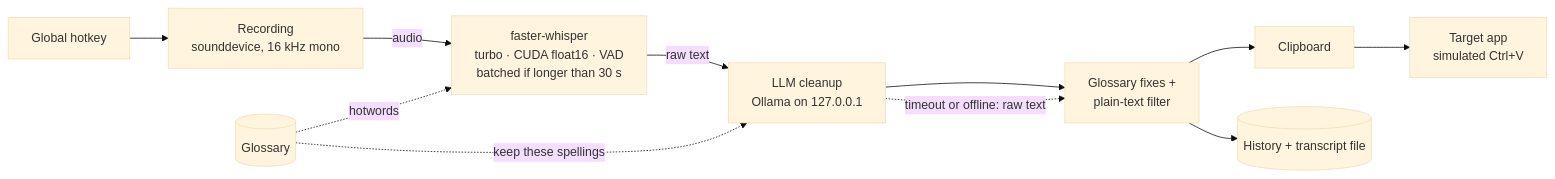
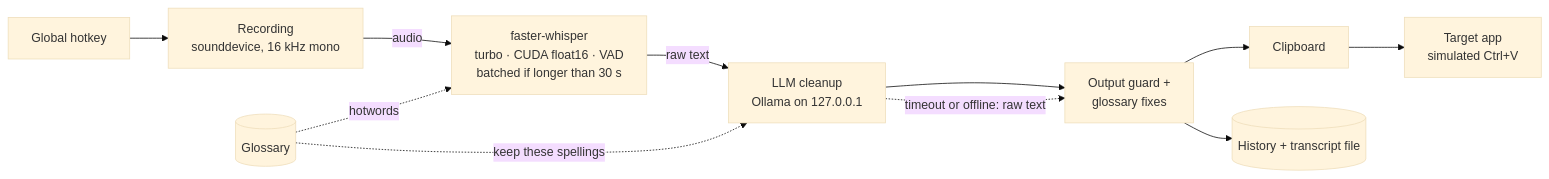
Before and after one commit to Mosaik114/hams-bachelorprojekt: the diagram in README.md, drawn with Mermaid (base theme). The commit also changed other lines of this file and 22 other files, not shown here.

````diff
--- a/README.md
+++ b/README.md
@@ -172,13 +98,13 @@
 ```mermaid
 flowchart LR
   H[Global hotkey] --> R[Recording<br/>sounddevice, 16 kHz mono]
   R -- audio --> W[faster-whisper<br/>turbo · CUDA float16 · VAD<br/>batched if longer than 30 s]
   G[(Glossary)] -. hotwords .-> W
   W -- raw text --> O[LLM cleanup<br/>Ollama on 127.0.0.1]
   G -. keep these spellings .-> O
-  O --> F[Glossary fixes +<br/>plain-text filter]
+  O --> F[Output guard +<br/>glossary fixes]
   O -. timeout or offline: raw text .-> F
   F --> C[Clipboard]
   C --> T[Target app<br/>simulated Ctrl+V]
   F --> S[(History + transcript file)]
 ```
````
